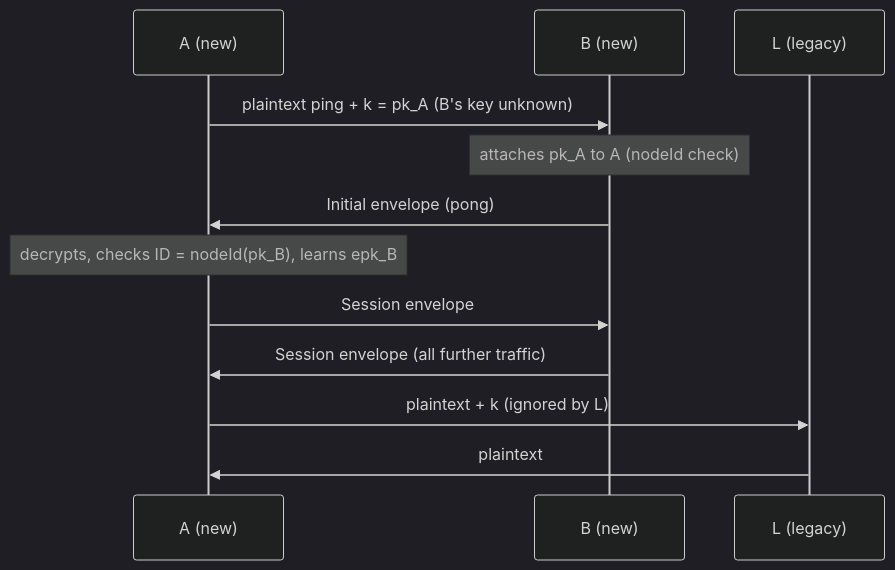
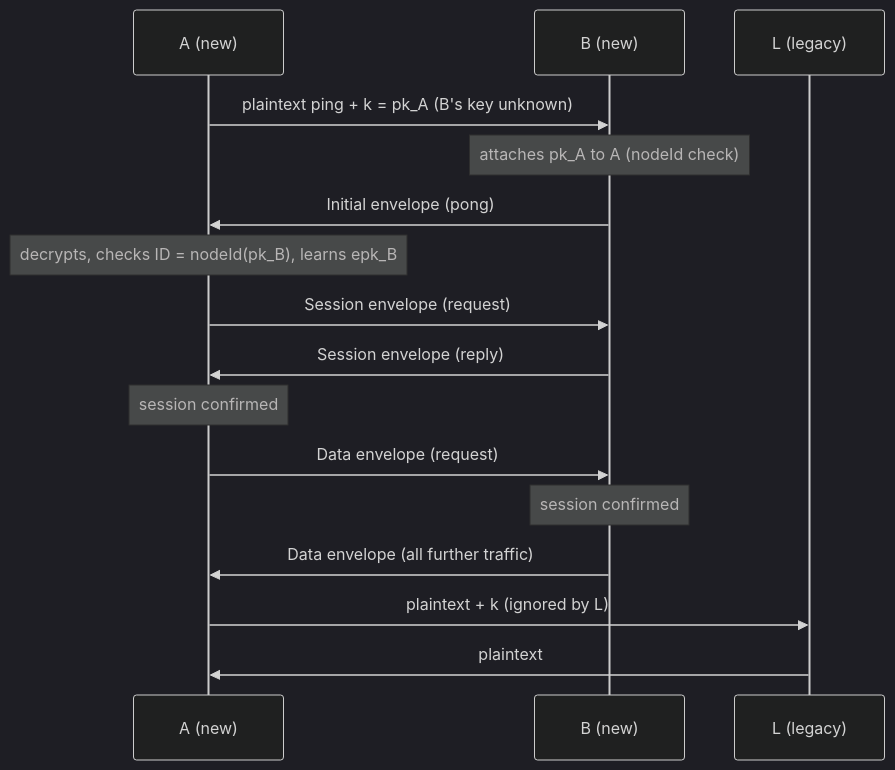
One commit to savoirfairelinux/opendht changed the first of 2 diagrams in docs/transport-crypto.md. Above: the diagram before and after it, drawn with Mermaid (dark theme). The commit also changed other lines of this file, not shown here.

Commit message:
docs: describe Data envelopes and session confirmation

````diff
--- a/docs/transport-crypto.md
+++ b/docs/transport-crypto.md
@@ -311,14 +329,18 @@
 ```mermaid
 sequenceDiagram
     participant A as A (new)
     participant B as B (new)
     participant L as L (legacy)
     A->>B: plaintext ping + k = pk_A (B's key unknown)
     Note over B: attaches pk_A to A (nodeId check)
     B->>A: Initial envelope (pong)
     Note over A: decrypts, checks ID = nodeId(pk_B), learns epk_B
-    A->>B: Session envelope
-    B->>A: Session envelope (all further traffic)
+    A->>B: Session envelope (request)
+    B->>A: Session envelope (reply)
+    Note over A: session confirmed
+    A->>B: Data envelope (request)
+    Note over B: session confirmed
+    B->>A: Data envelope (all further traffic)
     A->>L: plaintext + k (ignored by L)
     L->>A: plaintext
 ```
````
